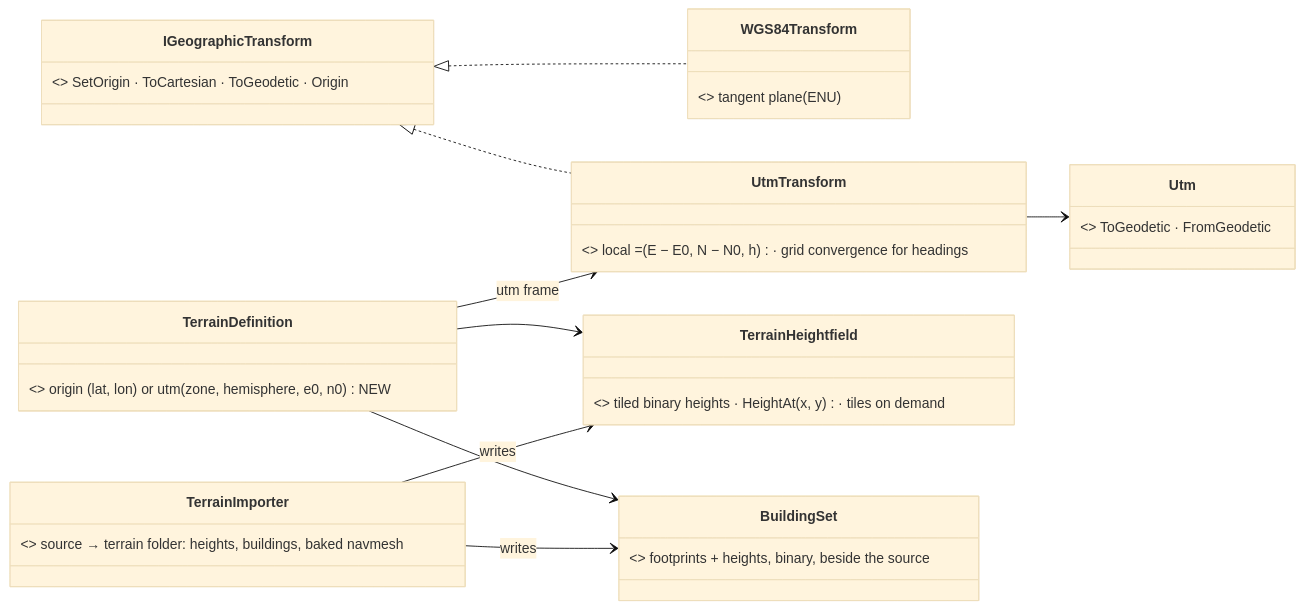
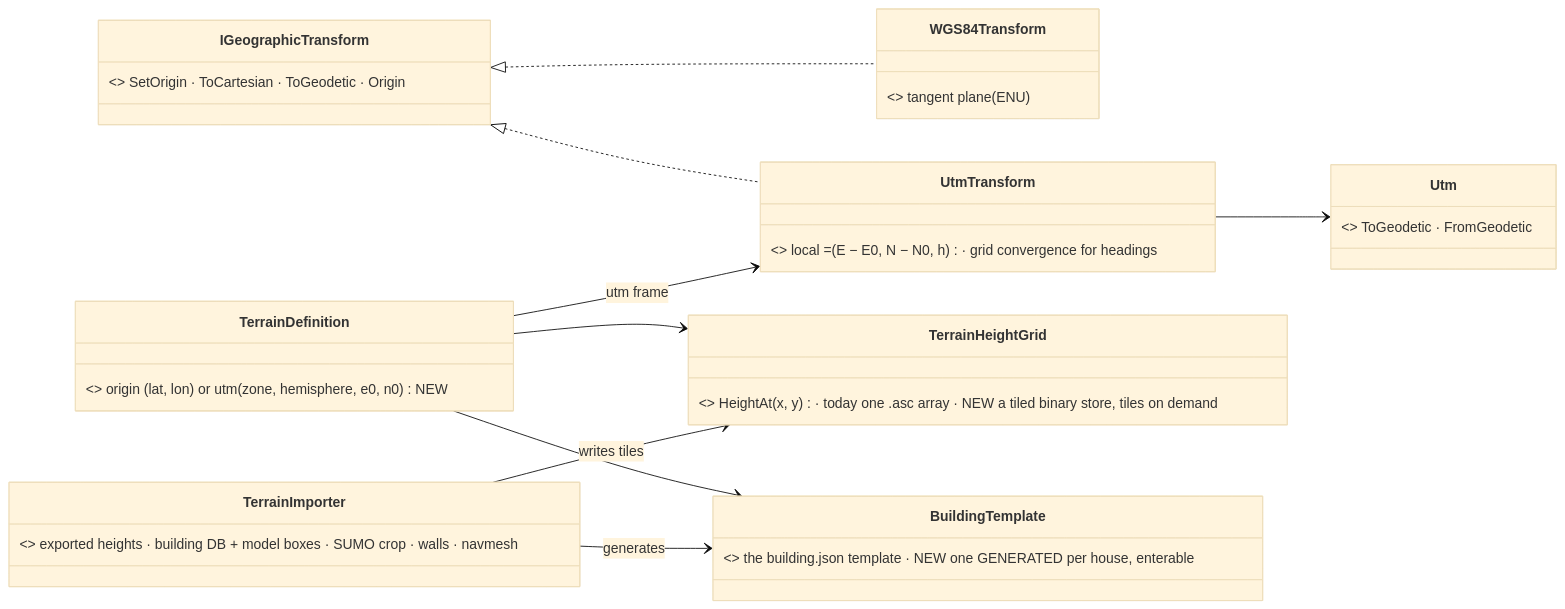
One commit to pjanec/HROT changed the diagram in docs/DESIGN_Terrain_Import_UTM.md. Above: the diagram before and after it, drawn with Mermaid (base theme). The commit also changed other lines of this file and 3 other files, not shown here.

First line of the commit message:
Terrain import UTM: answers folded in (§1 corrected — a height grid exists; §2/§3 revised: e0/n0 = the source engine's origin, tiled TerrainHeightGrid, 1 988 generated enterable buildings, SUMO crop); leans on the two questions left; links both ways

````diff
--- a/docs/DESIGN_Terrain_Import_UTM.md
+++ b/docs/DESIGN_Terrain_Import_UTM.md
@@ -45,20 +47,20 @@
 ```mermaid
 classDiagram
     direction LR
     class IGeographicTransform { <<existing seam>> SetOrigin · ToCartesian · ToGeodetic · Origin }
     class WGS84Transform { <<existing>> tangent plane (ENU) }
     class UtmTransform { <<NEW>> local = (E − E0, N − N0, h) · grid convergence for headings }
     class Utm { <<existing, moved down to the toolkit>> ToGeodetic · FromGeodetic }
     class TerrainDefinition { <<existing>> origin (lat, lon) or utm (zone, hemisphere, e0, n0) NEW }
-    class TerrainHeightfield { <<NEW>> tiled binary heights · HeightAt(x, y) · tiles on demand }
-    class BuildingSet { <<NEW cache>> footprints + heights, binary, beside the source }
-    class TerrainImporter { <<NEW tool>> source → terrain folder: heights, buildings, baked navmesh }
+    class TerrainHeightGrid { <<existing, extended>> HeightAt(x, y) · today one .asc array · NEW a tiled binary store, tiles on demand }
+    class BuildingTemplate { <<existing format>> the building.json template · NEW one GENERATED per house, enterable }
+    class TerrainImporter { <<NEW tool, repeatable>> exported heights · building DB + model boxes · SUMO crop · walls · navmesh }
     IGeographicTransform <|.. WGS84Transform
     IGeographicTransform <|.. UtmTransform
     UtmTransform --> Utm
     TerrainDefinition --> UtmTransform : utm frame
-    TerrainDefinition --> TerrainHeightfield
-    TerrainDefinition --> BuildingSet
-    TerrainImporter --> TerrainHeightfield : writes
-    TerrainImporter --> BuildingSet : writes
+    TerrainDefinition --> TerrainHeightGrid
+    TerrainDefinition --> BuildingTemplate
+    TerrainImporter --> TerrainHeightGrid : writes tiles
+    TerrainImporter --> BuildingTemplate : generates
 ```
````
